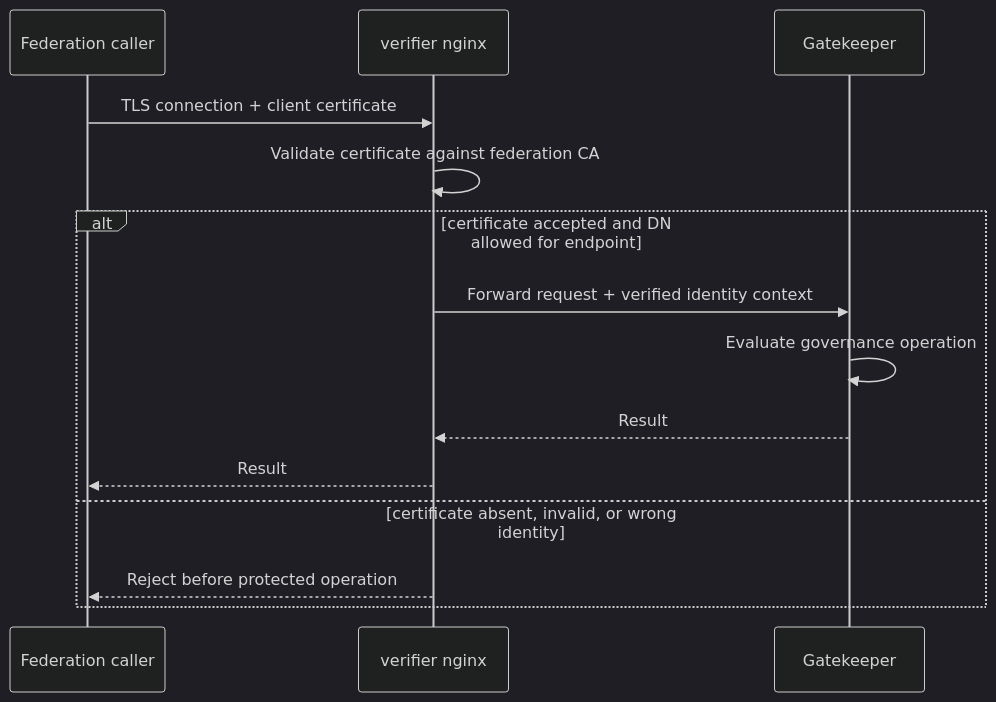
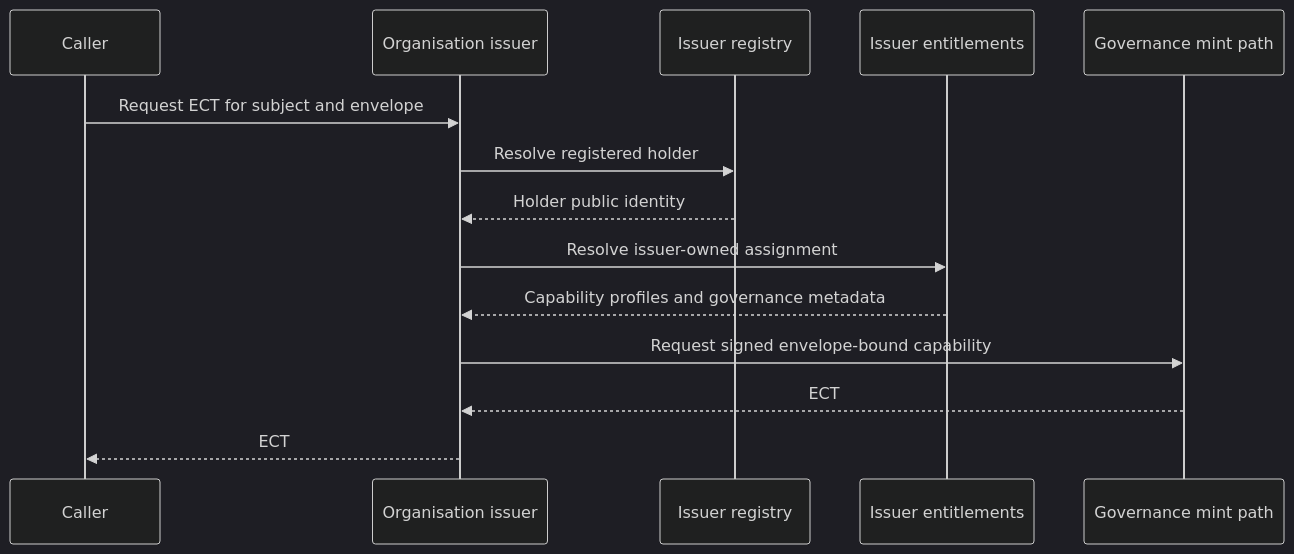
The seventh of 16 diagrams in doc/ARCHITECTURE.md (onzelf/openhealth-cdi), drawn with Mermaid (dark theme) before and after one commit. The commit also changed other lines of this file and 1 other file, not shown here.

````diff
--- a/doc/ARCHITECTURE.md
+++ b/doc/ARCHITECTURE.md
@@ -848,18 +223,17 @@
 ```mermaid
 sequenceDiagram
-    participant C as Federation caller
-    participant N as verifier nginx
-    participant G as Gatekeeper
+    participant C as Caller
+    participant I as Organisation issuer
+    participant R as Issuer registry
+    participant E as Issuer entitlements
+    participant G as Governance mint path
 
-    C->>N: TLS connection + client certificate
-    N->>N: Validate certificate against federation CA
-
-    alt certificate accepted and DN allowed for endpoint
-        N->>G: Forward request + verified identity context
-        G->>G: Evaluate governance operation
-        G-->>N: Result
-        N-->>C: Result
-    else certificate absent, invalid, or wrong identity
-        N-->>C: Reject before protected operation
-    end
+    C->>I: Request ECT for subject and envelope
+    I->>R: Resolve registered holder
+    R-->>I: Holder public identity
+    I->>E: Resolve issuer-owned assignment
+    E-->>I: Capability profiles and governance metadata
+    I->>G: Request signed envelope-bound capability
+    G-->>I: ECT
+    I-->>C: ECT
 ```
````
